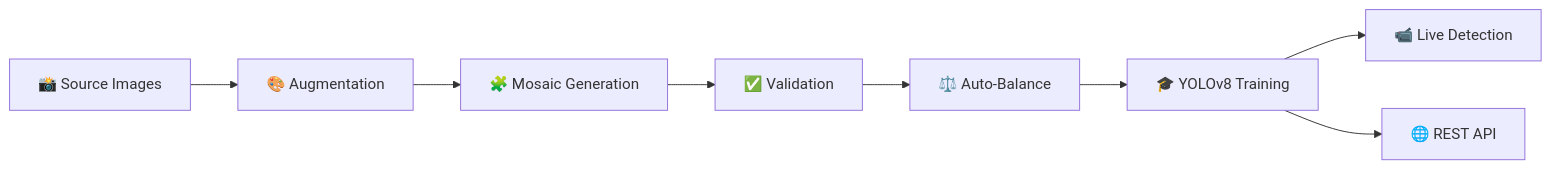
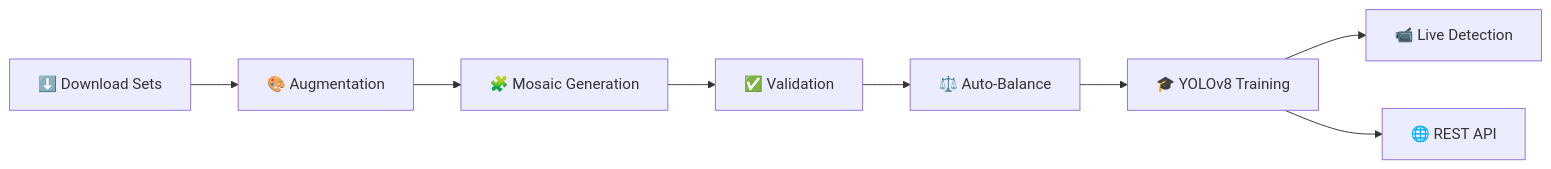
The diagram in README.md (lo26lo/pok), drawn with Mermaid before and after one commit. The commit also changed other lines of this file and 5 other files, not shown here.

````diff
--- a/README.md
+++ b/README.md
@@ -350,10 +390,10 @@
 ```mermaid
 graph LR
-    A[📸 Source Images] --> B[🎨 Augmentation]
+    A[⬇️ Download Sets] --> B[🎨 Augmentation]
     B --> C[🧩 Mosaic Generation]
     C --> D[✅ Validation]
     D --> E[⚖️ Auto-Balance]
     E --> F[🎓 YOLOv8 Training]
     F --> G[📹 Live Detection]
     F --> H[🌐 REST API]
 ```
````
